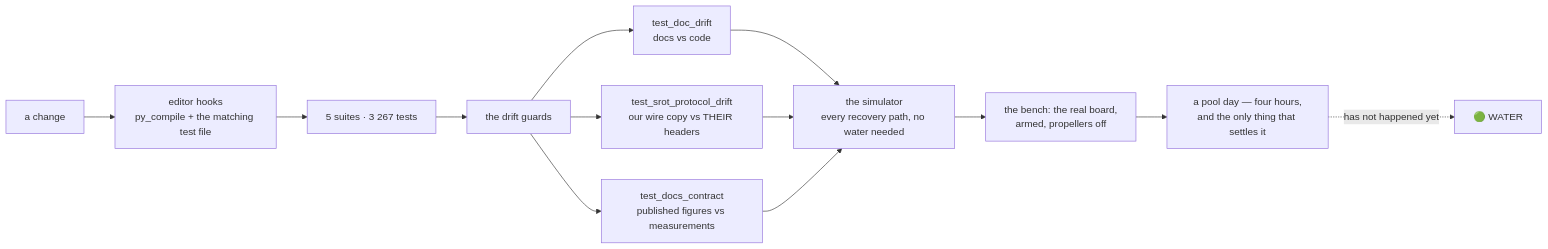
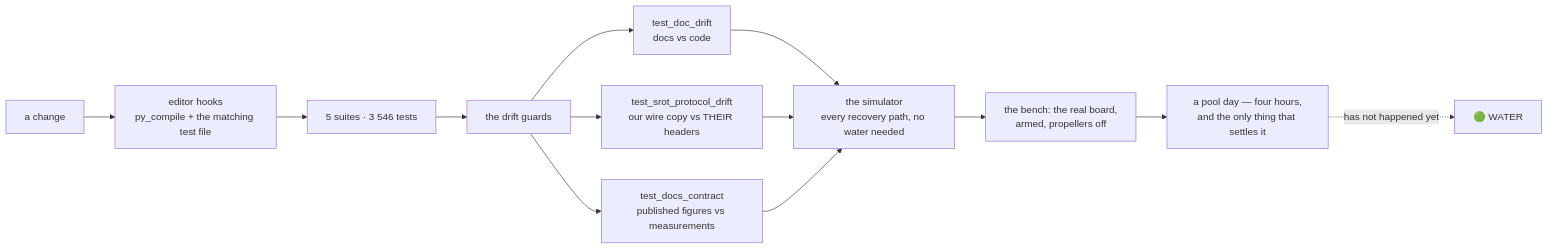
One commit to fh1m/duburi_ws changed the ninth of 10 diagrams in README.md. Above: the diagram before and after it, drawn with Mermaid. The commit also changed other lines of this file and 11 other files, not shown here.

````diff
--- a/README.md
+++ b/README.md
@@ -752,15 +752,15 @@
 ```mermaid
 flowchart LR
     DEV["a change"] --> HOOK["editor hooks<br/>py_compile + the matching test file"]
-    HOOK --> UNIT["5 suites · 3 267 tests"]
+    HOOK --> UNIT["5 suites · 3 546 tests"]
     UNIT --> GUARD["the drift guards"]
     GUARD --> G1["test_doc_drift<br/>docs vs code"]
     GUARD --> G2["test_srot_protocol_drift<br/>our wire copy vs THEIR headers"]
     GUARD --> G3["test_docs_contract<br/>published figures vs measurements"]
     G1 --> SIM["the simulator<br/>every recovery path, no water needed"]
     G2 --> SIM
     G3 --> SIM
     SIM --> BENCH["the bench: the real board,<br/>armed, propellers off"]
     BENCH --> POOL["a pool day — four hours,<br/>and the only thing that settles it"]
     POOL -.->|"has not happened yet"| WATER["🟢 WATER"]
 ```
````
